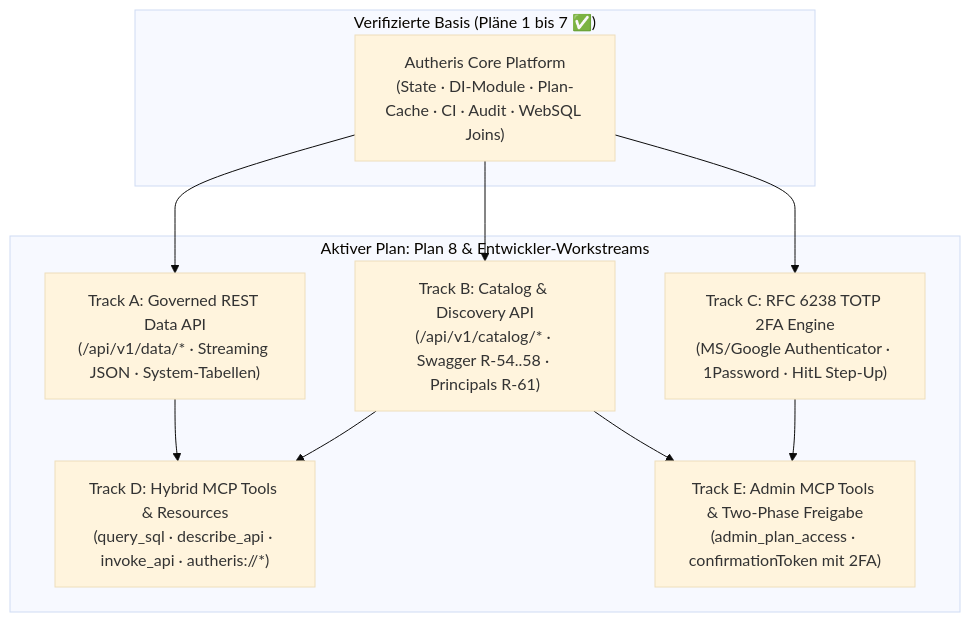
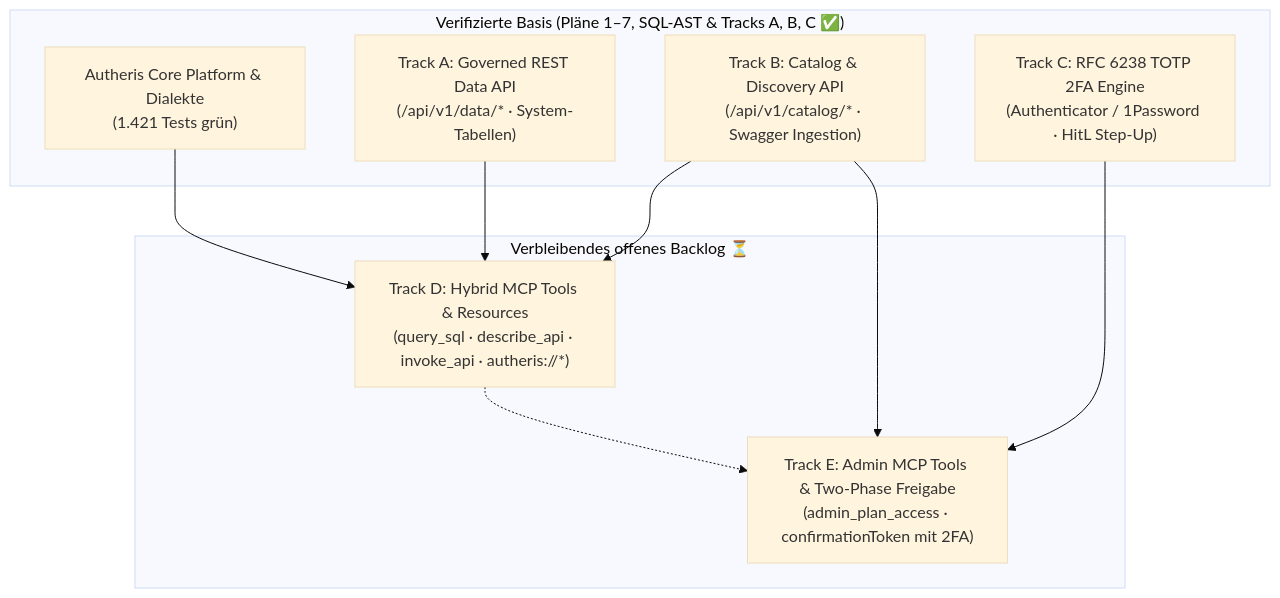
Before and after one commit to themulle/autheris: the diagram in docs/plans/00-gesamtplan-uebersicht.md, drawn with Mermaid (base theme). The commit also changed other lines of this file and 1 other file, not shown here.

Commit message:
docs(plans): clean up completed plans and update active backlog

````diff
--- a/docs/plans/00-gesamtplan-uebersicht.md
+++ b/docs/plans/00-gesamtplan-uebersicht.md
@@ -36,22 +48,21 @@
 ```mermaid
 flowchart TD
-    subgraph Baseline["Verifizierte Basis (Pläne 1 bis 7 ✅)"]
-        CORE["Autheris Core Platform<br/>(State · DI-Module · Plan-Cache · CI · Audit · WebSQL Joins)"]
+    subgraph Baseline["Verifizierte Basis (Pläne 1–7, SQL-AST & Tracks A, B, C ✅)"]
+        CORE["Autheris Core Platform & Dialekte<br/>(1.421 Tests grün)"]
+        DATA_API["Track A: Governed REST Data API<br/>(/api/v1/data/* · System-Tabellen)"]
+        CATALOG["Track B: Catalog & Discovery API<br/>(/api/v1/catalog/* · Swagger Ingestion)"]
+        TOTP["Track C: RFC 6238 TOTP 2FA Engine<br/>(Authenticator / 1Password · HitL Step-Up)"]
     end
 
-    subgraph Active["Aktiver Plan: Plan 8 & Entwickler-Workstreams"]
-        TRACK_A["Track A: Governed REST Data API<br/>(/api/v1/data/* · Streaming JSON · System-Tabellen)"]
-        TRACK_B["Track B: Catalog & Discovery API<br/>(/api/v1/catalog/* · Swagger R-54..58 · Principals R-61)"]
-        TRACK_C["Track C: RFC 6238 TOTP 2FA Engine<br/>(MS/Google Authenticator · 1Password · HitL Step-Up)"]
+    subgraph Active["Verbleibendes offenes Backlog ⏳"]
         TRACK_D["Track D: Hybrid MCP Tools & Resources<br/>(query_sql · describe_api · invoke_api · autheris://*)"]
         TRACK_E["Track E: Admin MCP Tools & Two-Phase Freigabe<br/>(admin_plan_access · confirmationToken mit 2FA)"]
     end
 
-    CORE --> TRACK_A
-    CORE --> TRACK_B
-    CORE --> TRACK_C
-    TRACK_A --> TRACK_D
-    TRACK_B --> TRACK_D
-    TRACK_B --> TRACK_E
-    TRACK_C --> TRACK_E
+    CORE --> TRACK_D
+    DATA_API --> TRACK_D
+    CATALOG --> TRACK_D
+    CATALOG --> TRACK_E
+    TOTP --> TRACK_E
+    TRACK_D -.-> TRACK_E
 ```
````
